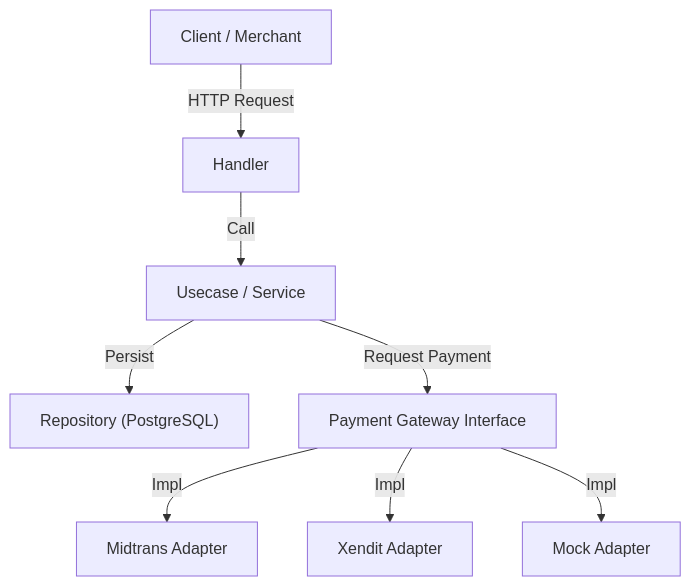
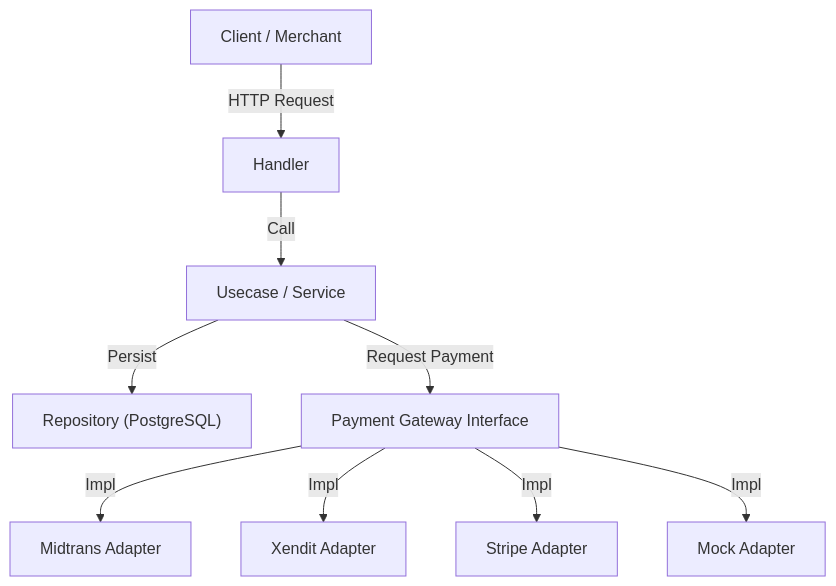
One commit to rezkysyaputra/go-payment-aggregator changed the diagram in README.md. Above: the diagram before and after it, drawn with Mermaid. The commit also changed other lines of this file, not shown here.

Commit message:
docs: update README to include Stripe integration details

````diff
--- a/README.md
+++ b/README.md
@@ -40,10 +40,11 @@
 ```mermaid
 graph TD
     Client["Client / Merchant"] -->|HTTP Request| Handler
     Handler -->|Call| Usecase["Usecase / Service"]
     Usecase -->|Persist| Repo["Repository (PostgreSQL)"]
     Usecase -->|Request Payment| Gateway["Payment Gateway Interface"]
     Gateway -->|Impl| Midtrans["Midtrans Adapter"]
     Gateway -->|Impl| Xendit["Xendit Adapter"]
+    Gateway -->|Impl| Stripe["Stripe Adapter"]
     Gateway -->|Impl| Mock["Mock Adapter"]
 ```
````
